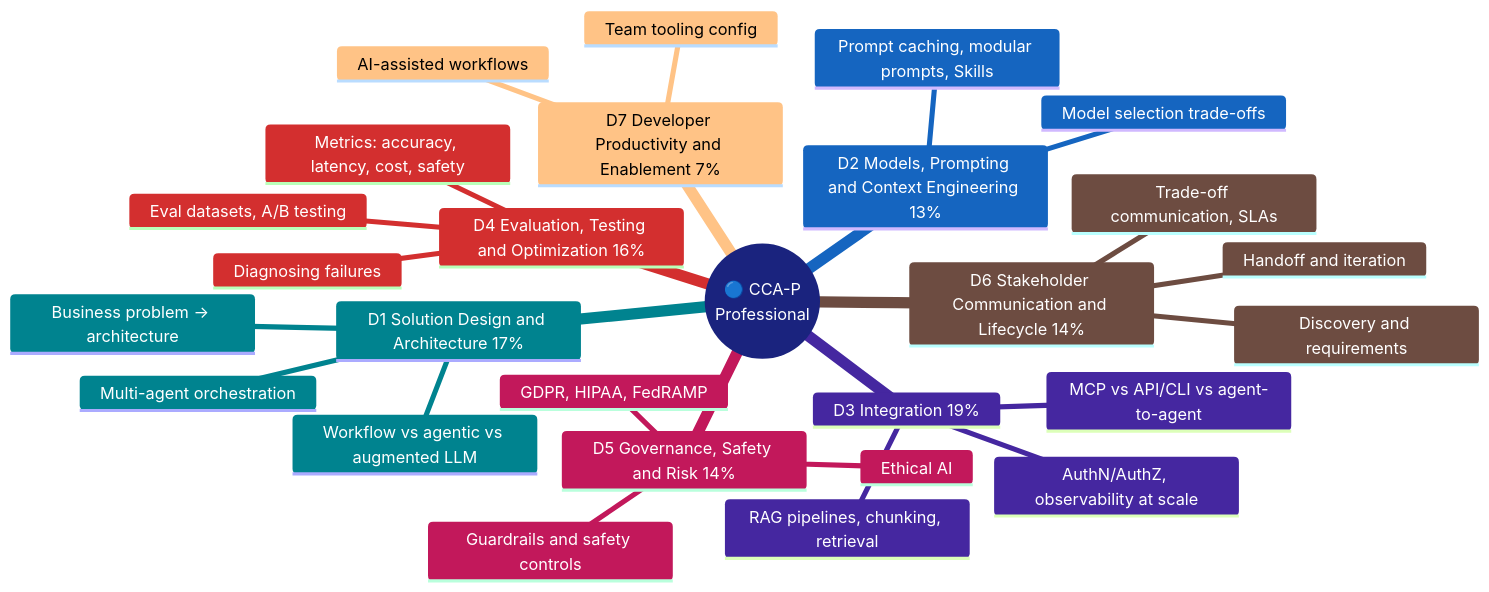
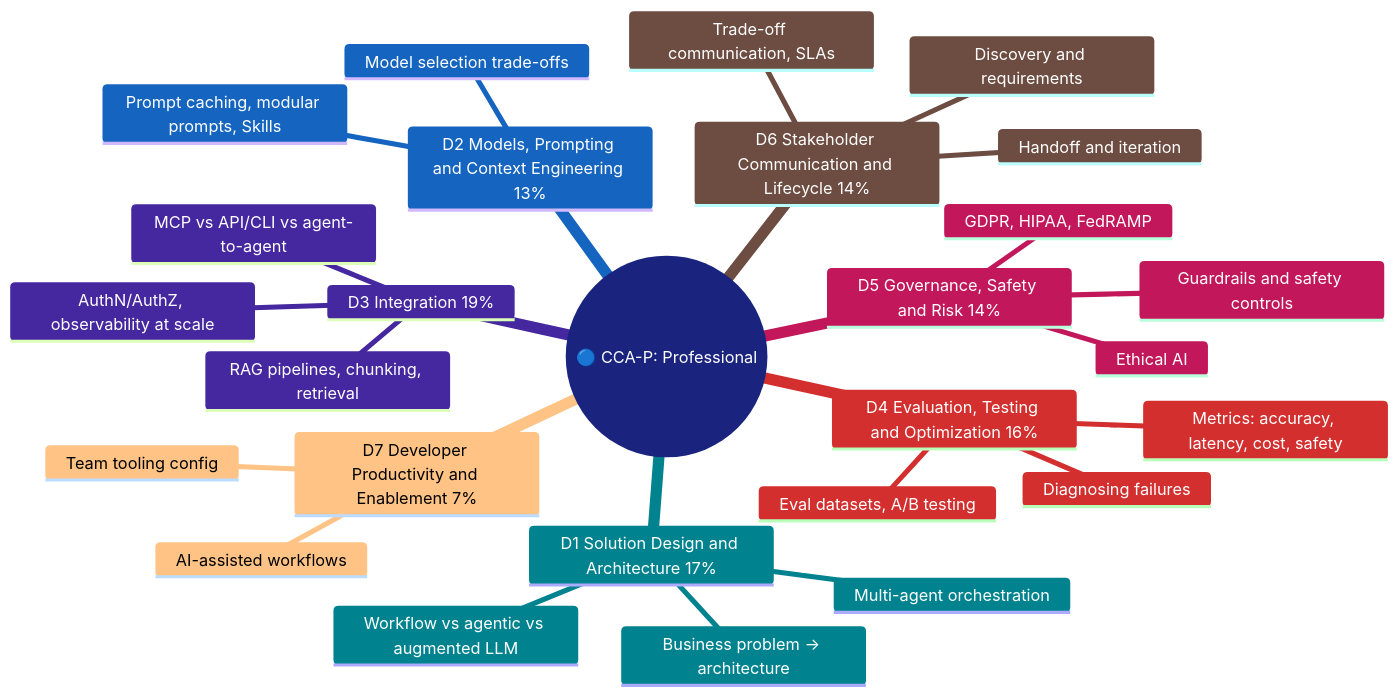
The diagram in CCA-P/README.md (parmar-m/claude-architect-certification-prep), drawn with Mermaid before and after one commit. The commit also changed 24 other files, not shown here.

Commit message:
fix html tags in mmd diagrams

````diff
--- a/CCA-P/README.md
+++ b/CCA-P/README.md
@@ -5,31 +5,31 @@
 ```mermaid
 %%{init: {"themeVariables": {"git0": "#1A237E", "gitBranchLabel0": "#ffffff", "cScale0": "#303F9F", "cScale1": "#00838F", "cScale2": "#1565C0", "cScale3": "#4527A0", "cScale4": "#D32F2F", "cScale5": "#C2185B", "cScale6": "#6D4C41", "cScaleLabel0": "#ffffff", "cScaleLabel1": "#ffffff", "cScaleLabel2": "#ffffff", "cScaleLabel3": "#ffffff", "cScaleLabel4": "#ffffff", "cScaleLabel5": "#ffffff", "cScaleLabel6": "#ffffff"}}}%%
 mindmap
-  root(("🔵 CCA-P<br/>Professional"))
+  root(("🔵 CCA-P: Professional"))
     D1 Solution Design and Architecture 17%
       Business problem → architecture
       Workflow vs agentic vs augmented LLM
       Multi-agent orchestration
     D2 Models, Prompting and Context Engineering 13%
       Model selection trade-offs
       Prompt caching, modular prompts, Skills
     D3 Integration 19%
       RAG pipelines, chunking, retrieval
       MCP vs API/CLI vs agent-to-agent
       AuthN/AuthZ, observability at scale
     D4 Evaluation, Testing and Optimization 16%
       Metrics: accuracy, latency, cost, safety
       Eval datasets, A/B testing
       Diagnosing failures
     D5 Governance, Safety and Risk 14%
       Guardrails and safety controls
       GDPR, HIPAA, FedRAMP
       Ethical AI
     D6 Stakeholder Communication and Lifecycle 14%
       Discovery and requirements
       Trade-off communication, SLAs
       Handoff and iteration
     D7 Developer Productivity and Enablement 7%
       Team tooling config
       AI-assisted workflows
 ```
````
